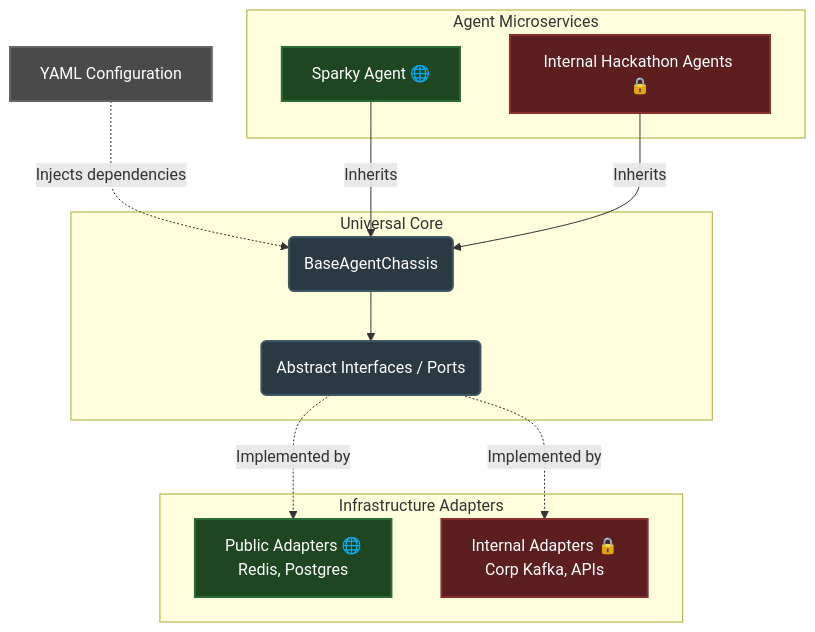
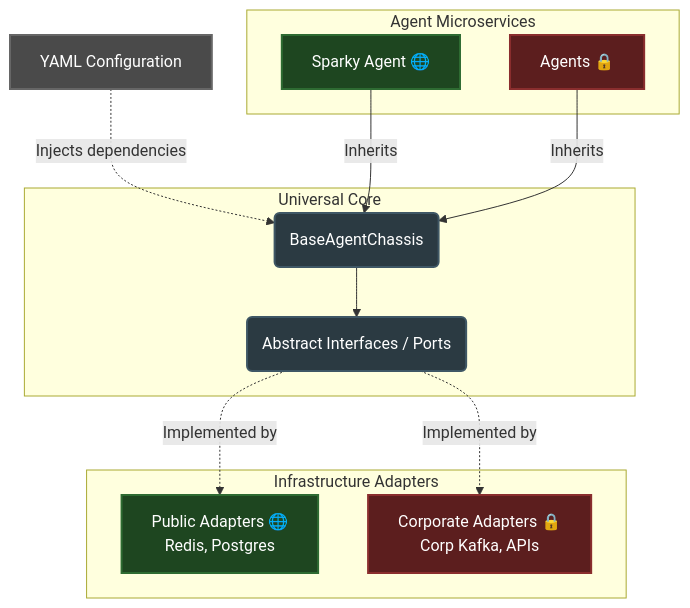
The diagram in README.md (imraytiong/agentic-dev), drawn with Mermaid before and after one commit. The commit also changed other lines of this file, not shown here.

Commit message:
vault backup: 2026-04-13 23:36:46

````diff
--- a/README.md
+++ b/README.md
@@ -27,35 +27,35 @@
 ```mermaid
 flowchart TD
     %% Styling
     classDef core fill:#2b3a42,stroke:#3f5765,stroke-width:2px,color:#fff;
     classDef public fill:#1e4620,stroke:#2e6b32,stroke-width:2px,color:#fff;
     classDef private fill:#5c1e1e,stroke:#8a2e2e,stroke-width:2px,color:#fff;
     classDef config fill:#4a4a4a,stroke:#666,stroke-width:2px,color:#fff;
 
     %% Nodes
     Config[YAML Configuration]:::config
 
     subgraph CoreLayer [Universal Core]
         Chassis(BaseAgentChassis):::core
         Interfaces(Abstract Interfaces / Ports):::core
         Chassis --> Interfaces
     end
 
     subgraph AgentLayer [Agent Microservices]
         Sparky[Sparky Agent 🌐]:::public
-        CorpAgent[Internal Hackathon Agents 🔒]:::private
+        CorpAgent[Agents 🔒]:::private
     end
 
     subgraph InfraLayer [Infrastructure Adapters]
         PubAdapters[Public Adapters 🌐\nRedis, Postgres]:::public
-        PrivAdapters[Internal Adapters 🔒\nCorp Kafka, APIs]:::private
+        PrivAdapters[Corporate Adapters 🔒\nCorp Kafka, APIs]:::private
     end
 
     %% Connections
     Config -. Injects dependencies .-> Chassis
     Sparky -- Inherits --> Chassis
     CorpAgent -- Inherits --> Chassis
 
     Interfaces -. Implemented by .-> PubAdapters
     Interfaces -. Implemented by .-> PrivAdapters
 ```
````
